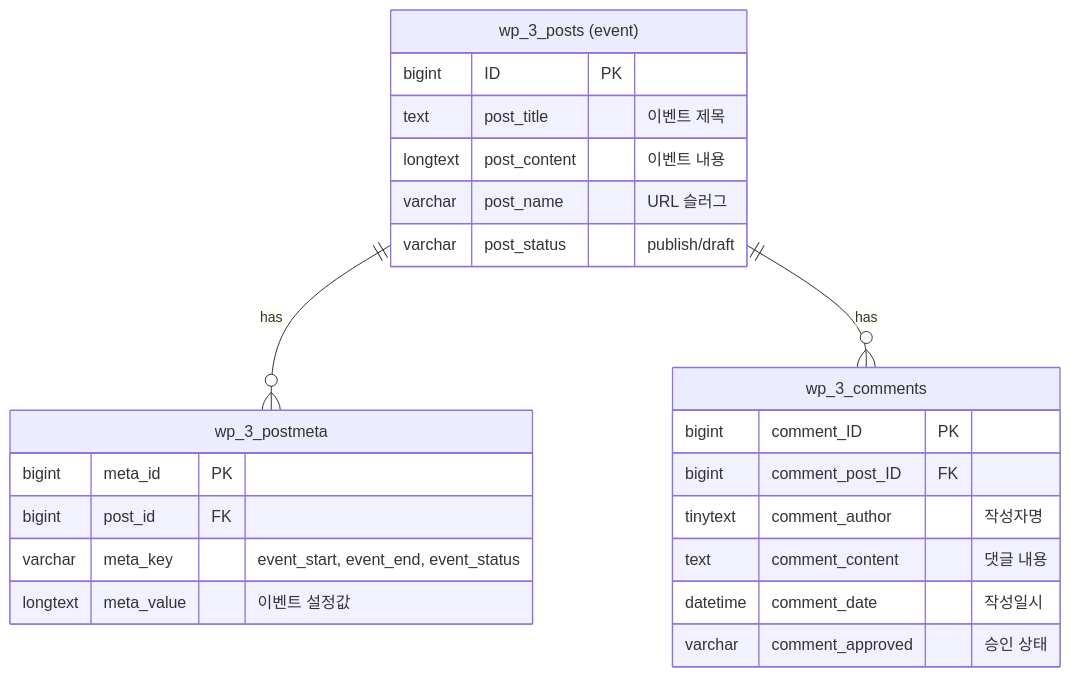
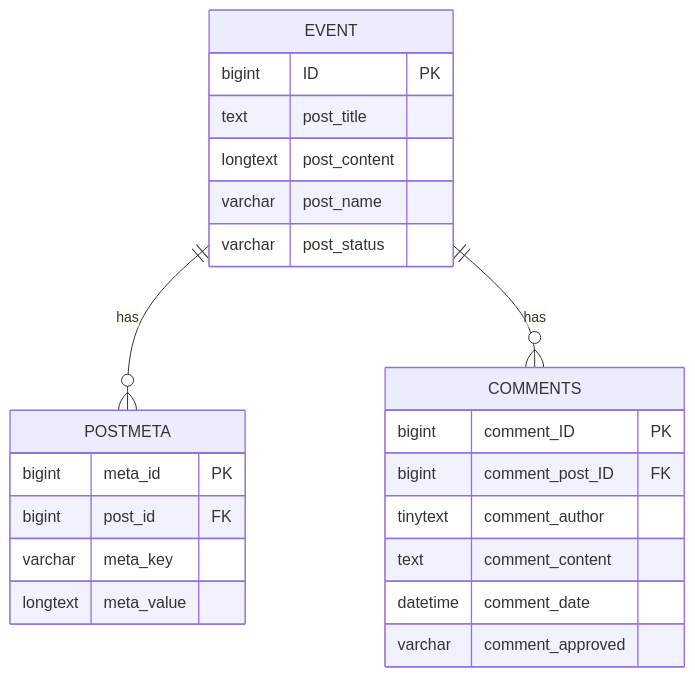
Diagram 12 of 15 in src/content/docs/samhwa-musuem/specification/04-DB-ERD.md (sknkwoxs/manual-book), drawn with Mermaid before and after one commit. The commit also changed other lines of this file and 16 other files, not shown here.

First line of the commit message:
docs(samhwa-musuem): add numbering system, update archive docs, fix mermaid ERD

````diff
--- a/src/content/docs/samhwa-musuem/specification/04-DB-ERD.md
+++ b/src/content/docs/samhwa-musuem/specification/04-DB-ERD.md
@@ -337,29 +333,29 @@
 ```mermaid
 erDiagram
     EVENT ||--o{ POSTMETA : "has"
     EVENT ||--o{ COMMENTS : "has"
 
-    EVENT["wp_3_posts (event)"] {
+    EVENT {
         bigint ID PK
-        text post_title "이벤트 제목"
-        longtext post_content "이벤트 내용"
-        varchar post_name "URL 슬러그"
-        varchar post_status "publish/draft"
+        text post_title
+        longtext post_content
+        varchar post_name
+        varchar post_status
     }
 
-    POSTMETA["wp_3_postmeta"] {
+    POSTMETA {
         bigint meta_id PK
         bigint post_id FK
-        varchar meta_key "event_start, event_end, event_status"
-        longtext meta_value "이벤트 설정값"
+        varchar meta_key
+        longtext meta_value
     }
 
-    COMMENTS["wp_3_comments"] {
+    COMMENTS {
         bigint comment_ID PK
         bigint comment_post_ID FK
-        tinytext comment_author "작성자명"
-        text comment_content "댓글 내용"
-        datetime comment_date "작성일시"
-        varchar comment_approved "승인 상태"
+        tinytext comment_author
+        text comment_content
+        datetime comment_date
+        varchar comment_approved
     }
 ```
````
